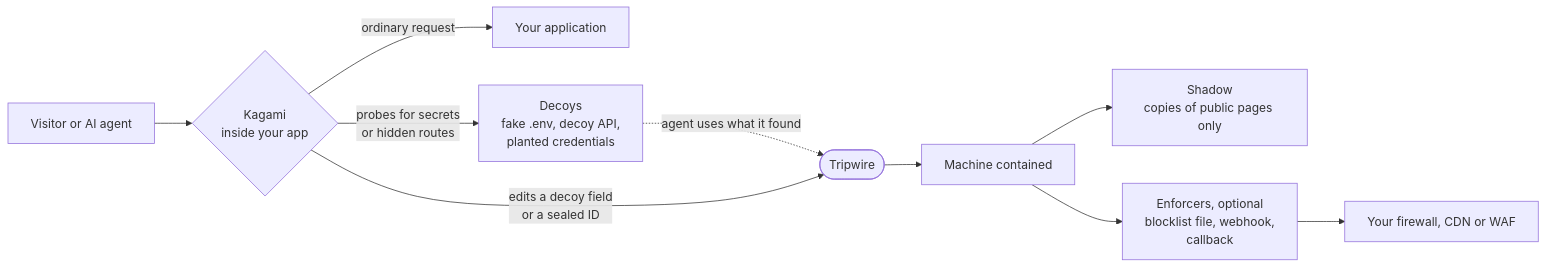
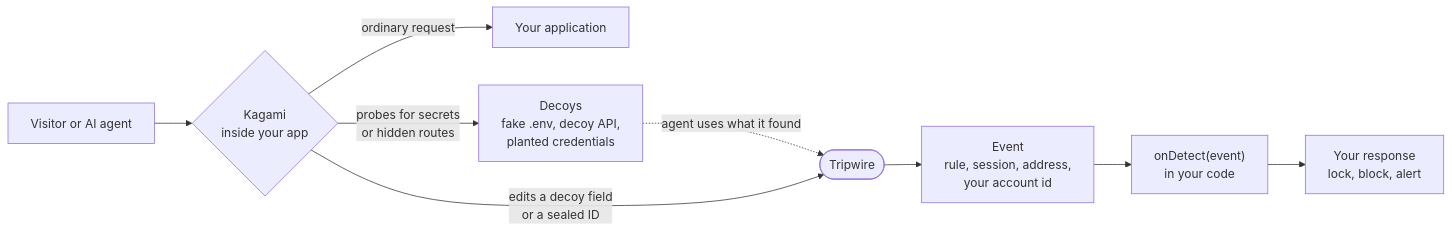
Before and after one commit to agenticslabs-xyz/lurensic: the first of 2 diagrams in README.md, drawn with Mermaid. The commit also changed other lines of this file and 55 other files, not shown here.

````diff
--- a/README.md
+++ b/README.md
@@ -29,12 +32,11 @@
 ```mermaid
 flowchart LR
     V["Visitor or AI agent"] --> K{"Kagami<br/>inside your app"}
     K -->|"ordinary request"| APP["Your application"]
     K -->|"probes for secrets<br/>or hidden routes"| D["Decoys<br/>fake .env, decoy API,<br/>planted credentials"]
     D -.->|"agent uses what it found"| T(["Tripwire"])
     K -->|"edits a decoy field<br/>or a sealed ID"| T
-    T --> C["Machine contained"]
-    C --> S["Shadow<br/>copies of public pages only"]
-    C --> E["Enforcers, optional<br/>blocklist file, webhook,<br/>callback"]
-    E --> EDGE["Your firewall, CDN or WAF"]
+    T --> E["Event<br/>rule, session, address,<br/>your account id"]
+    E --> CB["onDetect(event)<br/>in your code"]
+    CB --> R["Your response<br/>lock, block, alert"]
 ```
````
